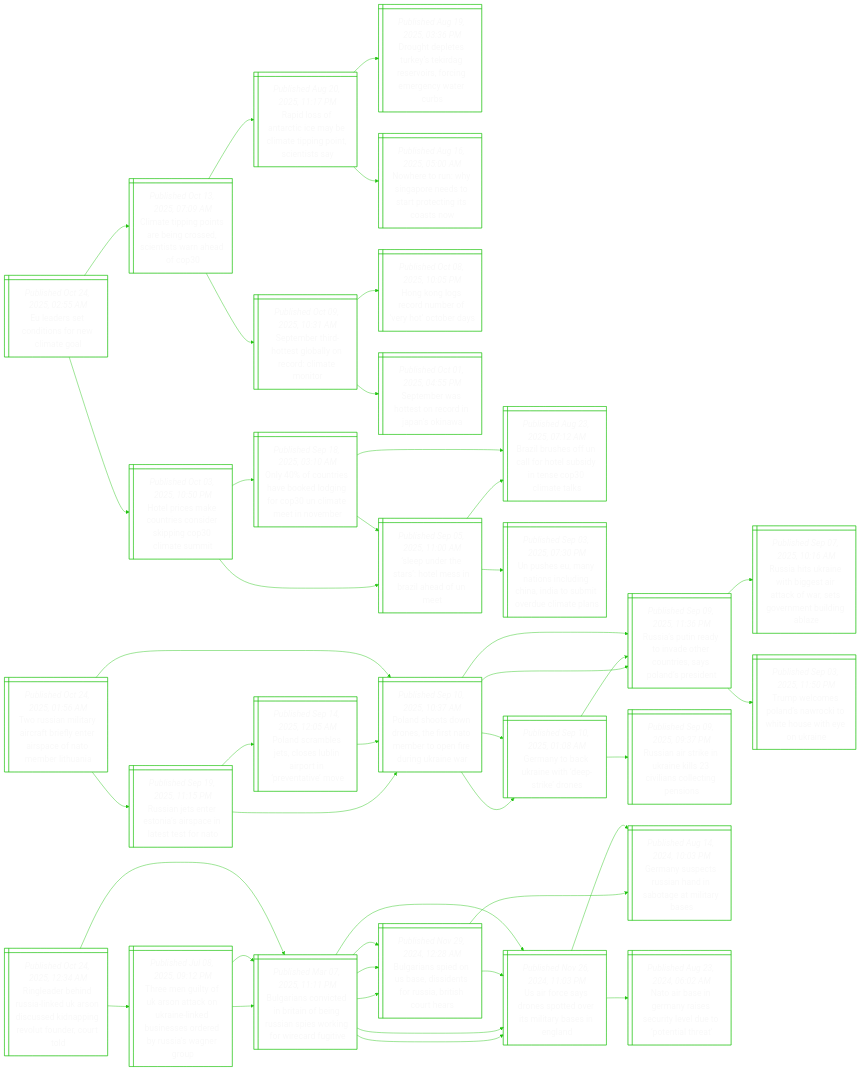
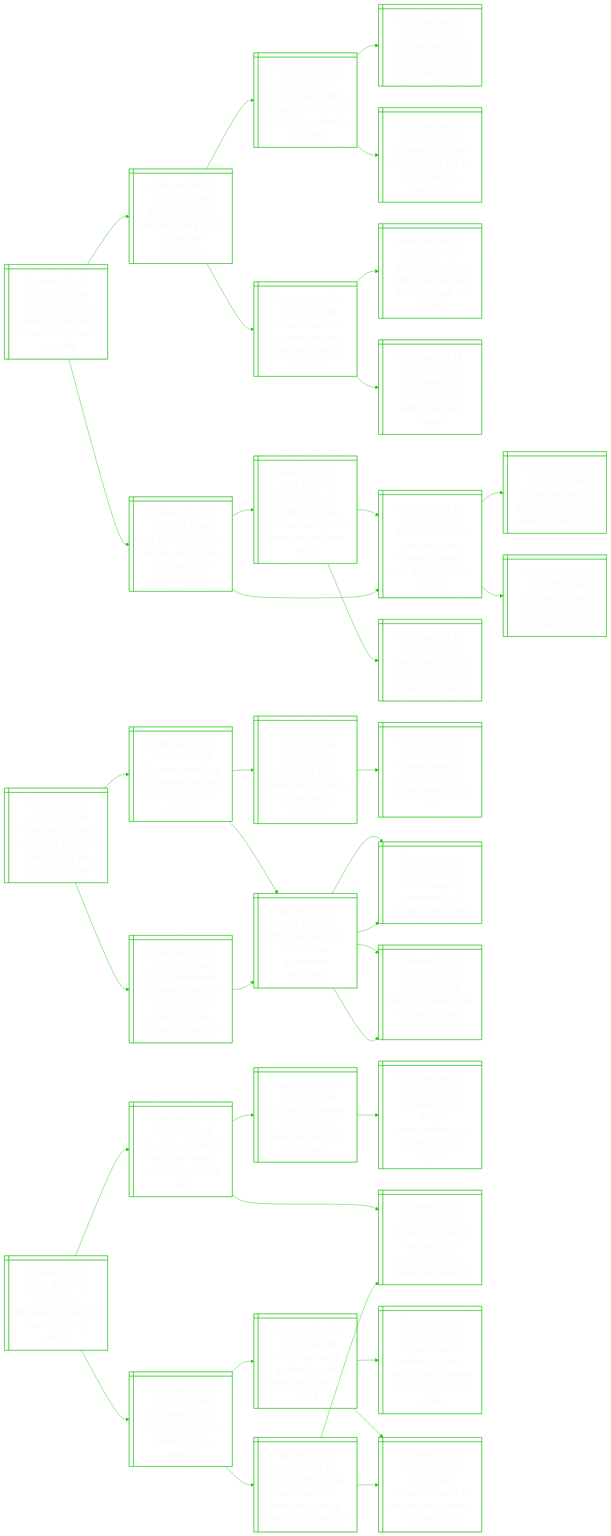
Before and after one commit to notJmes/notJmes: the diagram in README.md, drawn with Mermaid. The commit also changed other lines of this file, not shown here.

````diff
--- a/README.md
+++ b/README.md
@@ -16,139 +16,121 @@
 flowchart LR
 classDef txtsize font-size:20px;
 
-Edednnig@{ shape: win-pane, label: "_Published Oct 24, 2025, 02:55 AM_
-Eu leaders set conditions for new climate goal" }
-Ctpoaiostwhf@{ shape: win-pane, label: "_Published Oct 13, 2025, 07:09 AM_
-Climate tipping points are being crossed, scientists warn ahead of cop30" }
-Rlfriyitnnet@{ shape: win-pane, label: "_Published Aug 20, 2025, 11:17 PM_
-Rapid loss of antarctic ice may be climate tipping point, scientists say" }
-DhlTyirvfnryrs@{ shape: win-pane, label: "_Published Aug 19, 2025, 03:36 PM_
-Drought depletes turkey’s tekirdag reservoirs, forcing emergency water curbs" }
-NruSpeotegon@{ shape: win-pane, label: "_Published Aug 16, 2025, 05:00 AM_
-Nowhere to run: why singapore needs to start protecting its coasts now" }
-Smhotanrmor@{ shape: win-pane, label: "_Published Oct 09, 2025, 10:31 AM_
-September third-hottest globally on record: climate monitor" }
-Hogomfhtd@{ shape: win-pane, label: "_Published Oct 08, 2025, 10:05 PM_
-Hong kong logs record number of ‘very hot’ october days" }
-SmatnraOw@{ shape: win-pane, label: "_Published Oct 01, 2025, 04:55 PM_
-September was hottest on record in japan’s okinawa" }
-HpscroepCist@{ shape: win-pane, label: "_Published Oct 03, 2025, 10:50 PM_
-Hotel prices make countries consider skipping cop30 climate summit" }
-Sutatsraoe@{ shape: win-pane, label: "_Published Sep 05, 2025, 11:00 AM_
-‘sleep under the stars’: hotel mess in brazil ahead of un meet" }
-BlhflhsdeOma@{ shape: win-pane, label: "_Published Aug 23, 2025, 07:12 AM_
-Brazil brushes off un call for hotel subsidy in tense cop30 climate talks" }
-UhmasuCItmectn@{ shape: win-pane, label: "_Published Sep 03, 2025, 07:30 PM_
-Un pushes eu, many nations including china, india to submit overdue climate plans" }
-OftholnCcttvr@{ shape: win-pane, label: "_Published Sep 18, 2025, 03:10 AM_
-Only 40% of countries have booked lodging for cop30 un climate meet in november" }
-Sutatsraoe@{ shape: win-pane, label: "_Published Sep 05, 2025, 11:00 AM_
-‘sleep under the stars’: hotel mess in brazil ahead of un meet" }
-BlhflhsdeOma@{ shape: win-pane, label: "_Published Aug 23, 2025, 07:12 AM_
-Brazil brushes off un call for hotel subsidy in tense cop30 climate talks" }
+AsceLgPaieol@{ shape: win-pane, label: "_Published Oct 24, 2025, 07:25 AM_
+Arson suspect in deadly los angeles palisades fire pleads not guilty" }
+Mrddyaroeui@{ shape: win-pane, label: "_Published Oct 09, 2025, 01:47 AM_
+Man arrested over deadly january fire in los angeles: authorities" }
+Lgwiptlddtc@{ shape: win-pane, label: "_Published Jan 09, 2025, 06:23 AM_
+Los angeles wildfires spread to hollywood as 100,000 ordered to evacuate" }
+WigLgfnsodl@{ shape: win-pane, label: "_Published Jan 08, 2025, 06:38 AM_
+Wildfire rages in los angeles, forcing tens of thousands to flee" }
+Wiaeaadenips@{ shape: win-pane, label: "_Published Aug 16, 2023, 04:46 PM_
+Wildfires can have global impact and are set to intensify, experts say" }
+MvLgailsnc@{ shape: win-pane, label: "_Published Jan 23, 2025, 10:52 PM_
+Massive new los angeles-area fire balloons as winds pick up" }
+Mvtaeseetrns@{ shape: win-pane, label: "_Published Jan 23, 2025, 05:16 AM_
+Mass evacuations after explosive new fire erupts near los angeles" }
+Tetiariraw@{ shape: win-pane, label: "_Published Jan 19, 2025, 10:45 AM_
+Trump expects to visit  california wildfire area next week" }
+ScPaeatesnAee@{ shape: win-pane, label: "_Published Jan 12, 2025, 04:32 AM_
+See pacific palisades before and after the devastating los angeles fires" }
+Bslleciiseesweg@{ shape: win-pane, label: "_Published Jan 11, 2025, 10:20 PM_
+Big los angeles wildfire switches direction, posing new threat despite winds easing" }
+Sneeytoollhlsid@{ shape: win-pane, label: "_Published Jan 11, 2025, 12:52 PM_
+Sharon stone, halle berry and other hollywood celebs clear their closets for fire aid" }
+Dtgrpdsnnes@{ shape: win-pane, label: "_Published Jan 11, 2025, 10:58 AM_
+Devastating la fires expected to push up insurance premiums" }
+Sneeytoollhlsid@{ shape: win-pane, label: "_Published Jan 11, 2025, 12:52 PM_
+Sharon stone, halle berry and other hollywood celebs clear their closets for fire aid" }
+Ldsuusmale@{ shape: win-pane, label: "_Published Jan 10, 2025, 06:10 PM_
+La wildfires devour thousands of homes; death toll rises to 10" }
+PHngbeomLe@{ shape: win-pane, label: "_Published Jan 10, 2025, 05:37 AM_
+Paris hilton among celebrities to lose homes in la fires" }
 
-Edednnig:::txtsize --> Ctpoaiostwhf:::txtsize
-Ctpoaiostwhf:::txtsize --> Rlfriyitnnet:::txtsize
-Rlfriyitnnet:::txtsize --> DhlTyirvfnryrs:::txtsize
-Rlfriyitnnet:::txtsize --> NruSpeotegon:::txtsize
-Ctpoaiostwhf:::txtsize --> Smhotanrmor:::txtsize
-Smhotanrmor:::txtsize --> Hogomfhtd:::txtsize
-Smhotanrmor:::txtsize --> SmatnraOw:::txtsize
-Edednnig:::txtsize --> HpscroepCist:::txtsize
-HpscroepCist:::txtsize --> Sutatsraoe:::txtsize
-Sutatsraoe:::txtsize --> BlhflhsdeOma:::txtsize
-Sutatsraoe:::txtsize --> UhmasuCItmectn:::txtsize
-HpscroepCist:::txtsize --> OftholnCcttvr:::txtsize
-OftholnCcttvr:::txtsize --> Sutatsraoe:::txtsize
-OftholnCcttvr:::txtsize --> BlhflhsdeOma:::txtsize
+AsceLgPaieol:::txtsize --> Mrddyaroeui:::txtsize
+Mrddyaroeui:::txtsize --> Lgwiptlddtc:::txtsize
+Lgwiptlddtc:::txtsize --> WigLgfnsodl:::txtsize
+Lgwiptlddtc:::txtsize --> Wiaeaadenips:::txtsize
+Mrddyaroeui:::txtsize --> MvLgailsnc:::txtsize
+MvLgailsnc:::txtsize --> Mvtaeseetrns:::txtsize
+MvLgailsnc:::txtsize --> Tetiariraw:::txtsize
+AsceLgPaieol:::txtsize --> ScPaeatesnAee:::txtsize
+ScPaeatesnAee:::txtsize --> Bslleciiseesweg:::txtsize
+Bslleciiseesweg:::txtsize --> Sneeytoollhlsid:::txtsize
+Bslleciiseesweg:::txtsize --> Dtgrpdsnnes:::txtsize
+ScPaeatesnAee:::txtsize --> Sneeytoollhlsid:::txtsize
+Sneeytoollhlsid:::txtsize --> Ldsuusmale:::txtsize
+Sneeytoollhlsid:::txtsize --> PHngbeomLe:::txtsize
 
-Tsmartftretbti@{ shape: win-pane, label: "_Published Oct 24, 2025, 01:56 AM_
-Two russian military aircraft briefly enter airspace of nato member lithuania" }
-Rasrnicatoo@{ shape: win-pane, label: "_Published Sep 19, 2025, 11:15 PM_
-Russian jets enter estonia’s airspace in latest test for nato" }
-PdtnefNetndgir@{ shape: win-pane, label: "_Published Sep 10, 2025, 10:37 AM_
-Poland shoots down drones, the first nato member to open fire during ukraine war" }
-Gnarwerr@{ shape: win-pane, label: "_Published Sep 10, 2025, 01:08 AM_
-Germany to back ukraine with ‘deep-strike’ drones" }
-Raidnocralpd@{ shape: win-pane, label: "_Published Sep 09, 2025, 11:36 PM_
-Russia’s putin ready to invade other countries, says poland’s president" }
-PdmjlLnopnve@{ shape: win-pane, label: "_Published Sep 14, 2025, 12:05 AM_
-Poland scrambles jets, closes lublin airport in ‘preventative’ move" }
-PdtnefNetndgir@{ shape: win-pane, label: "_Published Sep 10, 2025, 10:37 AM_
-Poland shoots down drones, the first nato member to open fire during ukraine war" }
-PdtnefNetndgir@{ shape: win-pane, label: "_Published Sep 10, 2025, 10:37 AM_
-Poland shoots down drones, the first nato member to open fire during ukraine war" }
-Gnarwerr@{ shape: win-pane, label: "_Published Sep 10, 2025, 01:08 AM_
-Germany to back ukraine with ‘deep-strike’ drones" }
-Raserkcioten@{ shape: win-pane, label: "_Published Sep 09, 2025, 09:37 PM_
-Russian air strike in ukraine kills 23 civilians collecting pensions" }
-Raidnocralpd@{ shape: win-pane, label: "_Published Sep 09, 2025, 11:36 PM_
-Russia’s putin ready to invade other countries, says poland’s president" }
-Raidnocralpd@{ shape: win-pane, label: "_Published Sep 09, 2025, 11:36 PM_
-Russia’s putin ready to invade other countries, says poland’s president" }
-RaUnhercasrtdb@{ shape: win-pane, label: "_Published Sep 07, 2025, 10:16 AM_
-Russia hits ukraine with biggest air attack of war, sets government building ablaze" }
-TwmlNcWHwyke@{ shape: win-pane, label: "_Published Sep 03, 2025, 11:50 PM_
-Trump welcomes poland’s nawrocki to white house with eye on ukraine" }
+Tsrermvlyuso@{ shape: win-pane, label: "_Published Oct 24, 2025, 06:18 AM_
+Trump says private donor gave $160m to cover military pay during shutdown" }
+Utrdetliehwg@{ shape: win-pane, label: "_Published Oct 23, 2025, 06:31 PM_
+Us states warn food aid benefits will halt if federal shutdown drags on" }
+Tciundsinoiei@{ shape: win-pane, label: "_Published Mar 25, 2025, 06:33 PM_
+Trump cuts hit struggling food banks, risking hunger for low-income americans" }
+Hiacoaoine@{ shape: win-pane, label: "_Published Mar 25, 2025, 10:45 AM_
+Humanitarian aid cuts could cause more children to die: un" }
+Waswhomhw@{ shape: win-pane, label: "_Published Oct 01, 2025, 04:42 PM_
+What happens next with the us government shutdown?" }
+TsSrtpbun@{ shape: win-pane, label: "_Published Oct 01, 2025, 01:49 AM_
+Trump says us government will ‘probably’ shut down" }
+Ueniunmaayat@{ shape: win-pane, label: "_Published Oct 01, 2025, 12:02 PM_
+Us government begins shutdown that may lead to mass layoffs and cuts" }
+Aomhwgnmeegcilc@{ shape: win-pane, label: "_Published Oct 23, 2025, 08:20 AM_
+As us government shutdown drags on and trump takes power, congress cedes its relevance" }
+Waswhomhw@{ shape: win-pane, label: "_Published Oct 01, 2025, 04:42 PM_
+What happens next with the us government shutdown?" }
+TsSrtpbun@{ shape: win-pane, label: "_Published Oct 01, 2025, 01:49 AM_
+Trump says us government will ‘probably’ shut down" }
+Ueniunmaayat@{ shape: win-pane, label: "_Published Oct 01, 2025, 12:02 PM_
+Us government begins shutdown that may lead to mass layoffs and cuts" }
 
-Tsmartftretbti:::txtsize --> Rasrnicatoo:::txtsize
-Rasrnicatoo:::txtsize --> PdtnefNetndgir:::txtsize
-PdtnefNetndgir:::txtsize --> Gnarwerr:::txtsize
-PdtnefNetndgir:::txtsize --> Raidnocralpd:::txtsize
-Rasrnicatoo:::txtsize --> PdmjlLnopnve:::txtsize
-PdmjlLnopnve:::txtsize --> PdtnefNetndgir:::txtsize
-Tsmartftretbti:::txtsize --> PdtnefNetndgir:::txtsize
-PdtnefNetndgir:::txtsize --> Gnarwerr:::txtsize
-Gnarwerr:::txtsize --> Raserkcioten:::txtsize
-Gnarwerr:::txtsize --> Raidnocralpd:::txtsize
-PdtnefNetndgir:::txtsize --> Raidnocralpd:::txtsize
-Raidnocralpd:::txtsize --> RaUnhercasrtdb:::txtsize
-Raidnocralpd:::txtsize --> TwmlNcWHwyke:::txtsize
+Tsrermvlyuso:::txtsize --> Utrdetliehwg:::txtsize
+Utrdetliehwg:::txtsize --> Tciundsinoiei:::txtsize
+Tciundsinoiei:::txtsize --> Hiacoaoine:::txtsize
+Utrdetliehwg:::txtsize --> Waswhomhw:::txtsize
+Waswhomhw:::txtsize --> TsSrtpbun:::txtsize
+Waswhomhw:::txtsize --> Ueniunmaayat:::txtsize
+Tsrermvlyuso:::txtsize --> Aomhwgnmeegcilc:::txtsize
+Aomhwgnmeegcilc:::txtsize --> Waswhomhw:::txtsize
+Waswhomhw:::txtsize --> TsSrtpbun:::txtsize
+Waswhomhw:::txtsize --> Ueniunmaayat:::txtsize
 
-Rebdikadsipetdul@{ shape: win-pane, label: "_Published Oct 24, 2025, 12:34 AM_
-Ringleader behind russia-linked uk arson discussed kidnapping revolut founder, court told" }
-TmifstninusrdsWrp@{ shape: win-pane, label: "_Published Jul 08, 2025, 09:12 PM_
-Three men guilty of uk arson attack on ukraine-linked businesses ordered by russia’s wagner group" }
-BrccnabRaekoefi@{ shape: win-pane, label: "_Published Mar 07, 2025, 11:11 PM_
-Bulgarians convicted in britain of being russian spies working for wirecard fugitive" }
-Brsoasnritoe@{ shape: win-pane, label: "_Published Nov 29, 2024, 12:28 AM_
-Bulgarians spied on us base, dissidents for russia, british court hears" }
-UFsrserirend@{ shape: win-pane, label: "_Published Nov 26, 2024, 11:03 PM_
-Us air force says drones spotted over its military bases in england" }
-BrccnabRaekoefi@{ shape: win-pane, label: "_Published Mar 07, 2025, 11:11 PM_
-Bulgarians convicted in britain of being russian spies working for wirecard fugitive" }
-Brsoasnritoe@{ shape: win-pane, label: "_Published Nov 29, 2024, 12:28 AM_
-Bulgarians spied on us base, dissidents for russia, british court hears" }
-UFsrserirend@{ shape: win-pane, label: "_Published Nov 26, 2024, 11:03 PM_
-Us air force says drones spotted over its military bases in england" }
-BrccnabRaekoefi@{ shape: win-pane, label: "_Published Mar 07, 2025, 11:11 PM_
-Bulgarians convicted in britain of being russian spies working for wirecard fugitive" }
-Brsoasnritoe@{ shape: win-pane, label: "_Published Nov 29, 2024, 12:28 AM_
-Bulgarians spied on us base, dissidents for russia, british court hears" }
-UFsrserirend@{ shape: win-pane, label: "_Published Nov 26, 2024, 11:03 PM_
-Us air force says drones spotted over its military bases in england" }
-GnpRadbelys@{ shape: win-pane, label: "_Published Aug 14, 2024, 10:03 PM_
-Germany suspects russian hand in sabotage at military bases" }
-UFsrserirend@{ shape: win-pane, label: "_Published Nov 26, 2024, 11:03 PM_
-Us air force says drones spotted over its military bases in england" }
-Nierrsreuoir@{ shape: win-pane, label: "_Published Aug 23, 2024, 06:02 AM_
-Nato air base in germany raises security level due to ‘potential threat’" }
-GnpRadbelys@{ shape: win-pane, label: "_Published Aug 14, 2024, 10:03 PM_
-Germany suspects russian hand in sabotage at military bases" }
+Tseaonencl@{ shape: win-pane, label: "_Published Oct 24, 2025, 05:55 AM_
+Trump says declaration of war not needed on drug cartels" }
+Irseravrrfas@{ shape: win-pane, label: "_Published Oct 17, 2025, 08:00 AM_
+In a first, us strike in caribbean leaves survivors, us official says" }
+UiaegonllTs@{ shape: win-pane, label: "_Published Oct 15, 2025, 04:50 AM_
+Us strike on alleged drug boat off venezuela kills six, trump says" }
+Ugcumtoeonns@{ shape: win-pane, label: "_Published Sep 02, 2025, 09:49 PM_
+Us judge blocks trump administration’s use of troops in los angeles" }
+UuCiboontnls@{ shape: win-pane, label: "_Published Oct 11, 2025, 07:58 AM_
+Un security council members voice concern about us-venezuela tensions" }
+Uetvteaenet@{ shape: win-pane, label: "_Published Oct 21, 2025, 11:03 PM_
+Us covert actions ‘violate venezuela’s sovereignty’: un experts" }
+TsSnronlsc@{ shape: win-pane, label: "_Published Oct 06, 2025, 03:42 PM_
+Trump says us hit another boat off venezuela coast on oct 4" }
+Htslyvuiodrbbts@{ shape: win-pane, label: "_Published Oct 06, 2025, 01:01 AM_
+Hegseth says us military has every authorisation needed for caribbean boat strikes" }
+Thtniahclgt@{ shape: win-pane, label: "_Published Oct 03, 2025, 05:25 AM_
+Trump has determined us is at war with drug cartels, congress told" }
+TcrAotnzrnsou@{ shape: win-pane, label: "_Published Oct 16, 2025, 06:05 AM_
+Trump confirms cia authorisation in venezuela, raising pressure on maduro" }
+Thtniahclgt@{ shape: win-pane, label: "_Published Oct 03, 2025, 05:25 AM_
+Trump has determined us is at war with drug cartels, congress told" }
+UuCiboontnls@{ shape: win-pane, label: "_Published Oct 11, 2025, 07:58 AM_
+Un security council members voice concern about us-venezuela tensions" }
 
-Rebdikadsipetdul:::txtsize --> TmifstninusrdsWrp:::txtsize
-TmifstninusrdsWrp:::txtsize --> BrccnabRaekoefi:::txtsize
-BrccnabRaekoefi:::txtsize --> Brsoasnritoe:::txtsize
-BrccnabRaekoefi:::txtsize --> UFsrserirend:::txtsize
-TmifstninusrdsWrp:::txtsize --> BrccnabRaekoefi:::txtsize
-BrccnabRaekoefi:::txtsize --> Brsoasnritoe:::txtsize
-BrccnabRaekoefi:::txtsize --> UFsrserirend:::txtsize
-Rebdikadsipetdul:::txtsize --> BrccnabRaekoefi:::txtsize
-BrccnabRaekoefi:::txtsize --> Brsoasnritoe:::txtsize
-Brsoasnritoe:::txtsize --> UFsrserirend:::txtsize
-Brsoasnritoe:::txtsize --> GnpRadbelys:::txtsize
-BrccnabRaekoefi:::txtsize --> UFsrserirend:::txtsize
-UFsrserirend:::txtsize --> Nierrsreuoir:::txtsize
-UFsrserirend:::txtsize --> GnpRadbelys:::txtsize
+Tseaonencl:::txtsize --> Irseravrrfas:::txtsize
+Irseravrrfas:::txtsize --> UiaegonllTs:::txtsize
+UiaegonllTs:::txtsize --> Ugcumtoeonns:::txtsize
+Irseravrrfas:::txtsize --> UuCiboontnls:::txtsize
+Tseaonencl:::txtsize --> Uetvteaenet:::txtsize
+Uetvteaenet:::txtsize --> TsSnronlsc:::txtsize
+TsSnronlsc:::txtsize --> Htslyvuiodrbbts:::txtsize
+TsSnronlsc:::txtsize --> Thtniahclgt:::txtsize
+Uetvteaenet:::txtsize --> TcrAotnzrnsou:::txtsize
+TcrAotnzrnsou:::txtsize --> Thtniahclgt:::txtsize
+TcrAotnzrnsou:::txtsize --> UuCiboontnls:::txtsize
 
 ```
````
